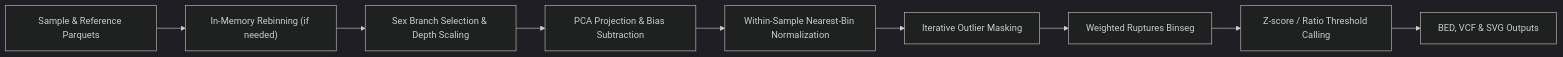
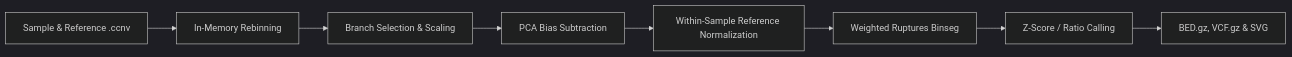
The third of 3 diagrams in docs/cli.md (matthdsm/ccnv), drawn with Mermaid (dark theme) before and after one commit. The commit also changed other lines of this file and 29 other files, not shown here.

````diff
--- a/docs/cli.md
+++ b/docs/cli.md
@@ -153,11 +125,10 @@
 ```mermaid
 flowchart LR
-    A["Sample & Reference Parquets"] --> B["In-Memory Rebinning (if needed)"]
-    B --> C["Sex Branch Selection & Depth Scaling"]
-    C --> D["PCA Projection & Bias Subtraction"]
-    D --> E["Within-Sample Nearest-Bin Normalization"]
-    E --> F["Iterative Outlier Masking"]
-    F --> G["Weighted Ruptures Binseg"]
-    G --> H["Z-score / Ratio Threshold Calling"]
-    H --> I["BED, VCF & SVG Outputs"]
+    A["Sample & Reference .ccnv"] --> B["In-Memory Rebinning"]
+    B --> C["Branch Selection & Scaling"]
+    C --> D["PCA Bias Subtraction"]
+    D --> E["Within-Sample Reference Normalization"]
+    E --> F["Weighted Ruptures Binseg"]
+    F --> G["Z-Score / Ratio Calling"]
+    G --> H["BED.gz, VCF.gz & SVG"]
 ```
````
